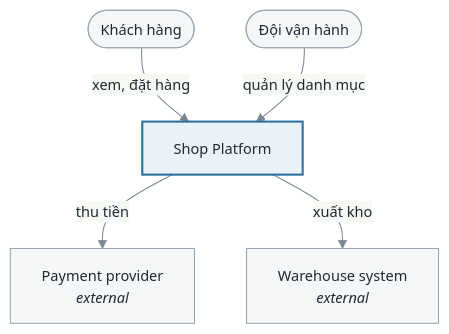
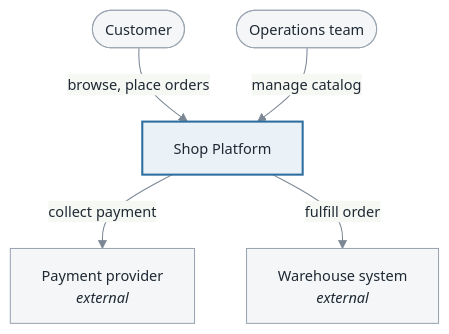
Before and after one commit to edwintruong/skills: the first of 3 diagrams in references/4.1-design.md, drawn with Mermaid. The commit also changed other lines of this file and 25 other files, not shown here.

````diff
--- a/references/4.1-design.md
+++ b/references/4.1-design.md
@@ -153,9 +153,9 @@
 ```mermaid
 %%{init: {'theme':'base','themeVariables':{'primaryColor':'#f4f6f8','primaryTextColor':'#1f2933','primaryBorderColor':'#9aa5b1','lineColor':'#7b8794','fontFamily':'ui-sans-serif, system-ui, sans-serif','fontSize':'14px'}}}%%
 flowchart TD
-    customer([Khách hàng]) -->|xem, đặt hàng| sys[Shop Platform]
-    ops([Đội vận hành]) -->|quản lý danh mục| sys
-    sys -->|thu tiền| psp[Payment provider<br/><i>external</i>]
-    sys -->|xuất kho| wms[Warehouse system<br/><i>external</i>]
+    customer([Customer]) -->|browse, place orders| sys[Shop Platform]
+    ops([Operations team]) -->|manage catalog| sys
+    sys -->|collect payment| psp[Payment provider<br/><i>external</i>]
+    sys -->|fulfill order| wms[Warehouse system<br/><i>external</i>]
     style sys fill:#eaf1f7,stroke:#2f6f9f,stroke-width:2px
 ```
````
